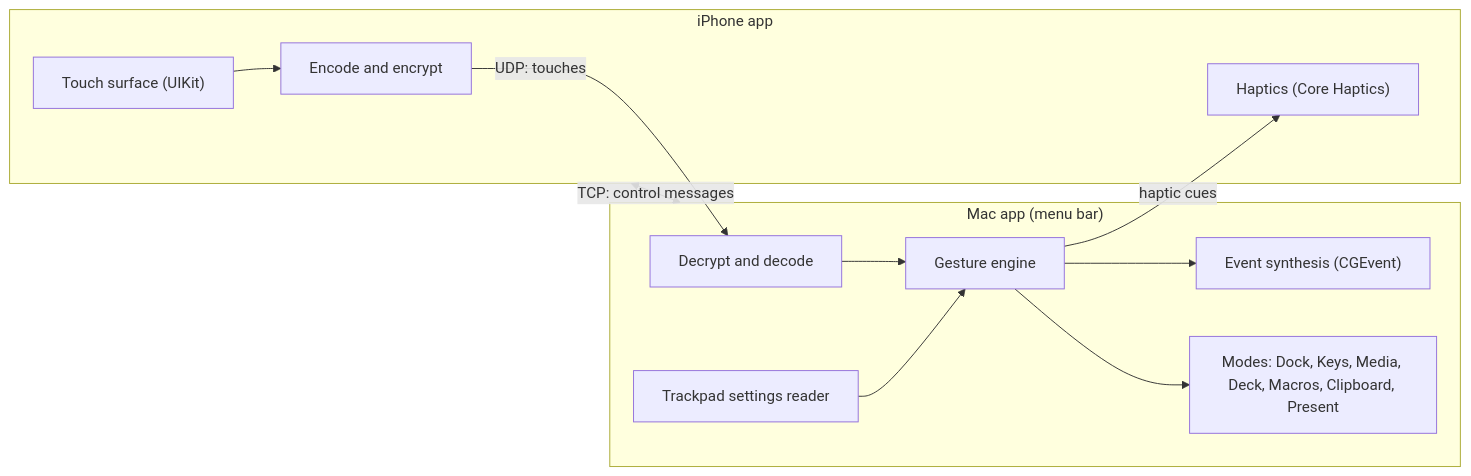
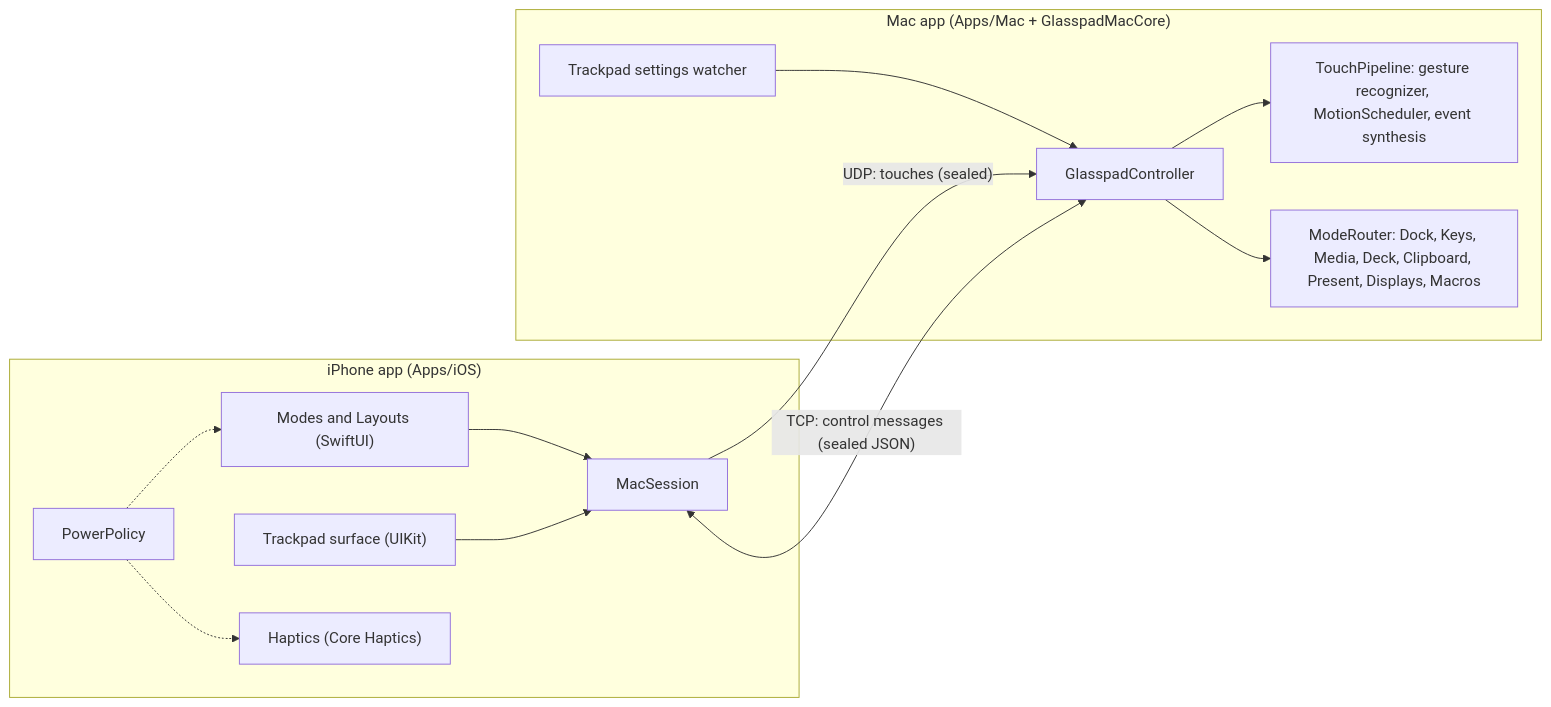
The first of 2 diagrams in ARCHITECTURE.md (Soham109/glasspad), drawn with Mermaid before and after one commit. The commit also changed other lines of this file and 6 other files, not shown here.

Commit message:
Docs for 0.1.0: architecture as built, spec brought up to date, changelog, release notes, contributing, security and installer test notes

````diff
--- a/ARCHITECTURE.md
+++ b/ARCHITECTURE.md
@@ -5,16 +5,25 @@
 ```mermaid
 flowchart LR
-  subgraph Phone["iPhone app"]
-    T["Touch surface (UIKit)"] --> E["Encode and encrypt"]
+  subgraph Phone["iPhone app (Apps/iOS)"]
+    UI["Modes and Layouts (SwiftUI)"]
+    T["Trackpad surface (UIKit)"]
     H["Haptics (Core Haptics)"]
+    PP["PowerPolicy"]
+    S["MacSession"]
+    UI --> S
+    T --> S
+    PP -.-> UI
+    PP -.-> H
   end
-  subgraph Mac["Mac app (menu bar)"]
-    D["Decrypt and decode"] --> G["Gesture engine"]
-    G --> S["Event synthesis (CGEvent)"]
-    G --> M["Modes: Dock, Keys, Media, Deck, Macros, Clipboard, Present"]
-    P["Trackpad settings reader"] --> G
+  subgraph Mac["Mac app (Apps/Mac + GlasspadMacCore)"]
+    C["GlasspadController"]
+    TP["TouchPipeline: gesture recognizer, MotionScheduler, event synthesis"]
+    R["ModeRouter: Dock, Keys, Media, Deck, Clipboard, Present, Displays, Macros"]
+    W["Trackpad settings watcher"]
+    C --> TP
+    C --> R
+    W --> C
   end
-  E -- "UDP: touches" --> D
-  Phone <-- "TCP: control messages" --> Mac
-  G -- "haptic cues" --> H
+  S -- "UDP: touches (sealed)" --> C
+  S <-- "TCP: control messages (sealed JSON)" --> C
 ```
````
